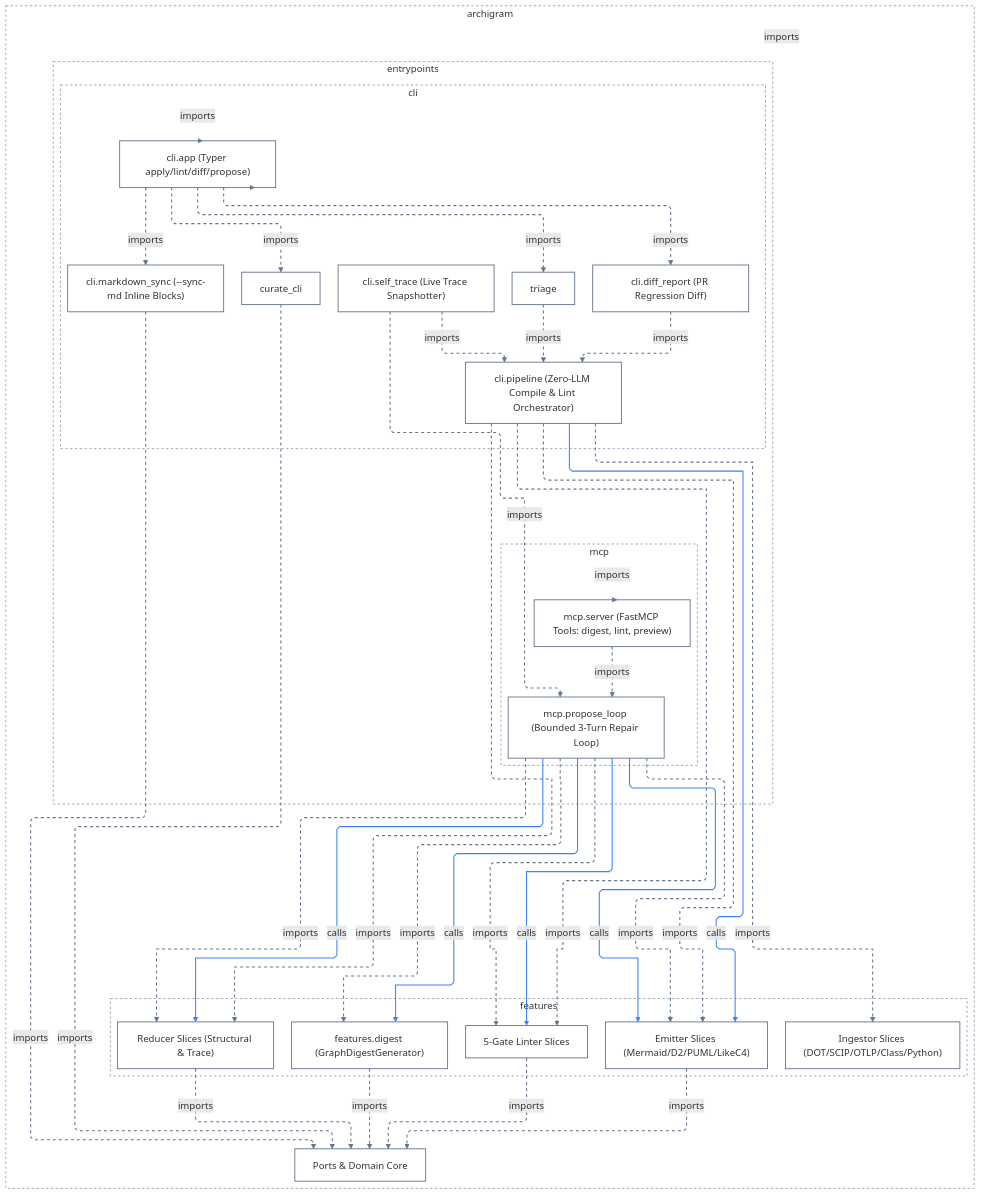
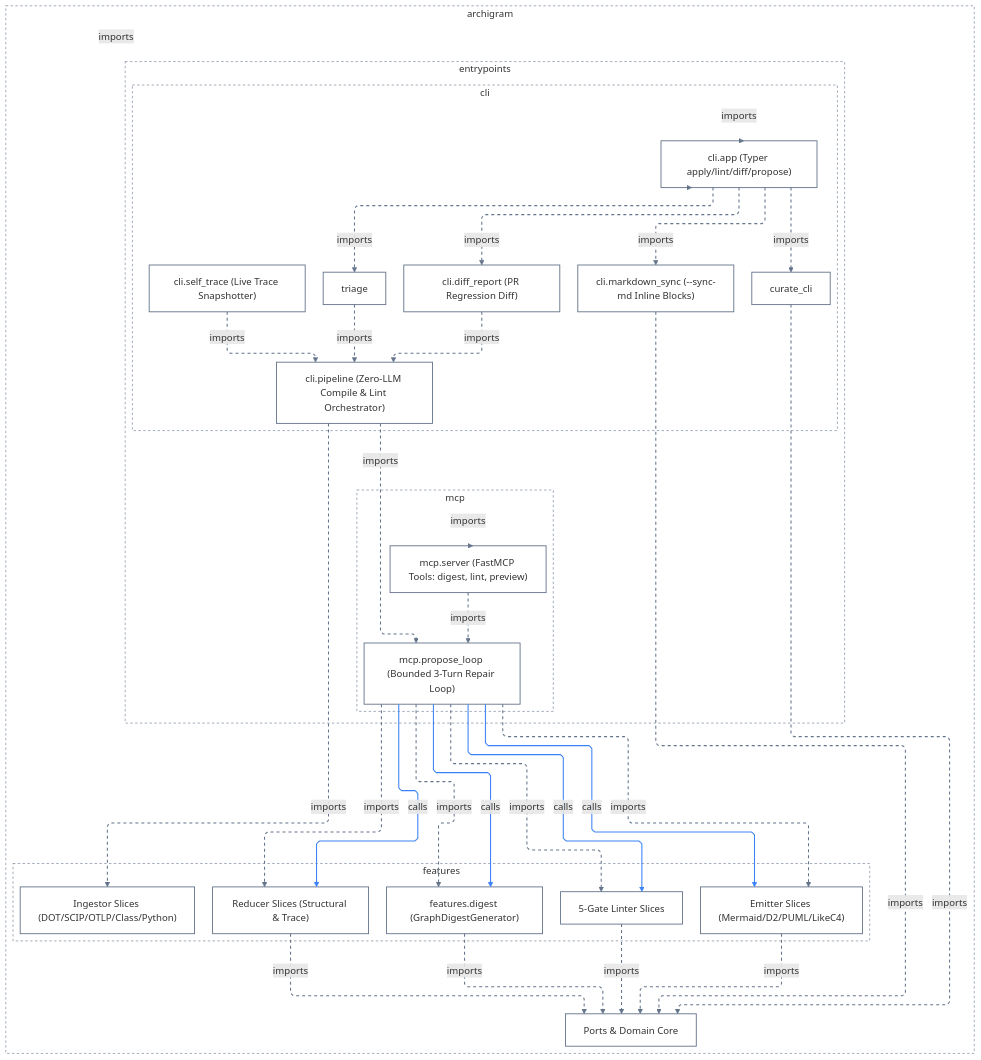
Before and after one commit to klcd/archigram: the fifth of 5 diagrams in docs/architecture/L2-subsystem-guides.md, drawn with Mermaid. The commit also changed other lines of this file and 58 other files, not shown here.

````diff
--- a/docs/architecture/L2-subsystem-guides.md
+++ b/docs/architecture/L2-subsystem-guides.md
@@ -325,77 +322,73 @@
 ```mermaid
 ---
 config:
   layout: elk
   elk:
     mergeEdges: false
     nodePlacementStrategy: BRANDES_KOEPF
   flowchart:
     defaultRenderer: elk
     curve: linear
 ---
 flowchart TD
   classDef default fill:transparent,stroke:#64748b,stroke-width:1.5px
   subgraph n0["archigram"]
     subgraph n1["entrypoints"]
       subgraph n2["cli"]
         n3["curate_cli"]
         n4["triage"]
         n7["cli.app (Typer apply/lint/diff/propose)"]
         n8["cli.diff_report (PR Regression Diff)"]
         n9["cli.markdown_sync (--sync-md Inline Blocks)"]
         n10["cli.pipeline (Zero-LLM Compile & Lint Orchestrator)"]
         n11["cli.self_trace (Live Trace Snapshotter)"]
       end
       subgraph n5["mcp"]
         n17["mcp.propose_loop (Bounded 3-Turn Repair Loop)"]
         n18["mcp.server (FastMCP Tools: digest, lint, preview)"]
       end
     end
     subgraph n6["features"]
       n12["features.digest (GraphDigestGenerator)"]
       n13["Emitter Slices (Mermaid/D2/PUML/LikeC4)"]
       n14["Ingestor Slices (DOT/SCIP/OTLP/Class/Python)"]
       n15["5-Gate Linter Slices"]
       n16["Reducer Slices (Structural & Trace)"]
     end
     n19["Ports & Domain Core"]
   end
   style n0 fill:transparent,stroke:#64748b,stroke-width:1px,stroke-dasharray:4 4
   style n1 fill:transparent,stroke:#64748b,stroke-width:1px,stroke-dasharray:4 4
   style n2 fill:transparent,stroke:#64748b,stroke-width:1px,stroke-dasharray:4 4
   style n5 fill:transparent,stroke:#64748b,stroke-width:1px,stroke-dasharray:4 4
   style n6 fill:transparent,stroke:#64748b,stroke-width:1px,stroke-dasharray:4 4
   n7 -.->|"imports"| n3
   n7 -.->|"imports"| n4
   n2 -.->|"imports"| n7
   n7 -.->|"imports"| n0
   n8 -.->|"imports"| n10
   n7 -.->|"imports"| n8
   n7 -.->|"imports"| n9
   n4 -.->|"imports"| n10
   n11 -.->|"imports"| n10
   n17 -->|"calls"| n12
   n17 -.->|"imports"| n12
   n17 -.->|"imports"| n13
-  n10 -.->|"imports"| n13
-  n10 -->|"calls"| n13
   n17 -->|"calls"| n13
   n10 -.->|"imports"| n14
   n17 -->|"calls"| n15
   n17 -.->|"imports"| n15
-  n10 -.->|"imports"| n15
-  n11 -.->|"imports"| n17
+  n10 -.->|"imports"| n17
   n18 -.->|"imports"| n17
   n5 -.->|"imports"| n18
   n12 -.->|"imports"| n19
   n15 -.->|"imports"| n19
   n9 -.->|"imports"| n19
   n13 -.->|"imports"| n19
   n3 -.->|"imports"| n19
   n16 -.->|"imports"| n19
   n17 -->|"calls"| n16
   n17 -.->|"imports"| n16
-  n10 -.->|"imports"| n16
-  linkStyle 0,1,2,3,4,5,6,7,8,10,11,12,15,17,18,19,20,21,22,23,24,25,26,27,29,30 stroke:#64748b,stroke-width:1.75px,stroke-dasharray:5 5
-  linkStyle 9,13,14,16,28 stroke:#3b82f6,stroke-width:1.75px
+  linkStyle 0,1,2,3,4,5,6,7,8,10,11,13,15,16,17,18,19,20,21,22,23,24,26 stroke:#64748b,stroke-width:1.75px,stroke-dasharray:5 5
+  linkStyle 9,12,14,25 stroke:#3b82f6,stroke-width:1.75px
 ```
````
